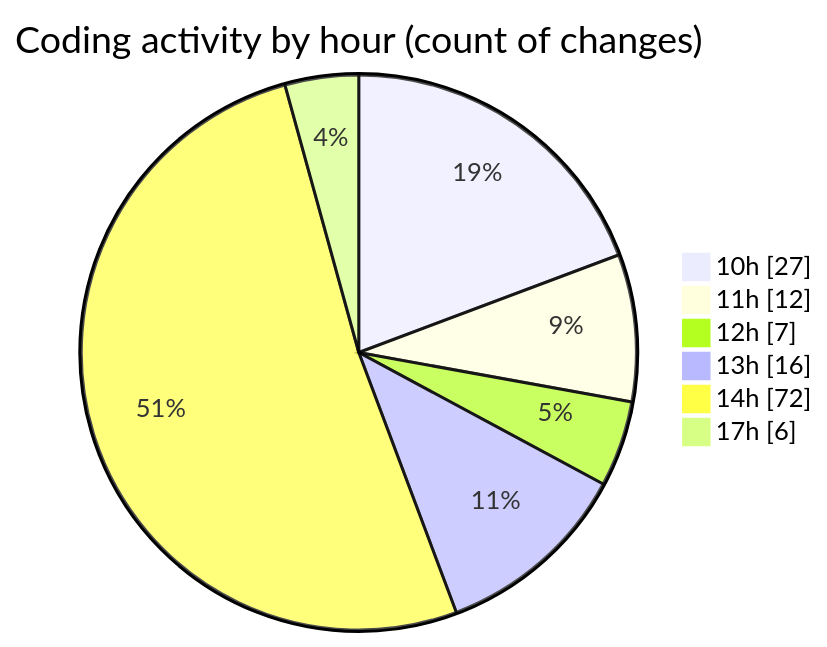
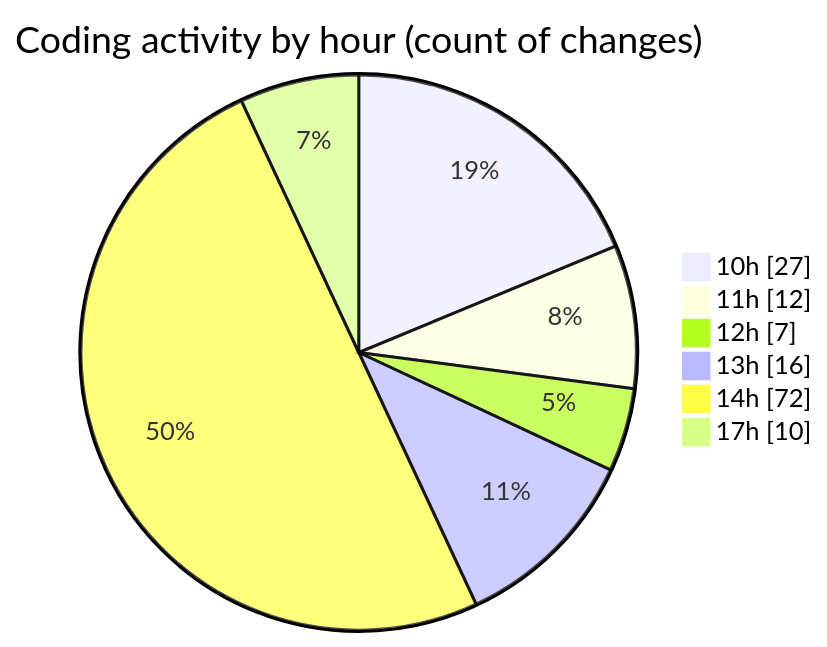
One commit to MatusMokan/code-tracking changed the second of 2 diagrams in 2025-03-01/myws__workspace_/README.md. Above: the diagram before and after it, drawn with Mermaid. The commit also changed other lines of this file and 1 other file, not shown here.

````diff
--- a/2025-03-01/myws__workspace_/README.md
+++ b/2025-03-01/myws__workspace_/README.md
@@ -41,10 +41,10 @@
 ```mermaid
 pie showData
 title Coding activity by hour (count of changes)
 "10h" : 27
 "11h" : 12
 "12h" : 7
 "13h" : 16
 "14h" : 72
-"17h" : 6
+"17h" : 10
 ```
````
